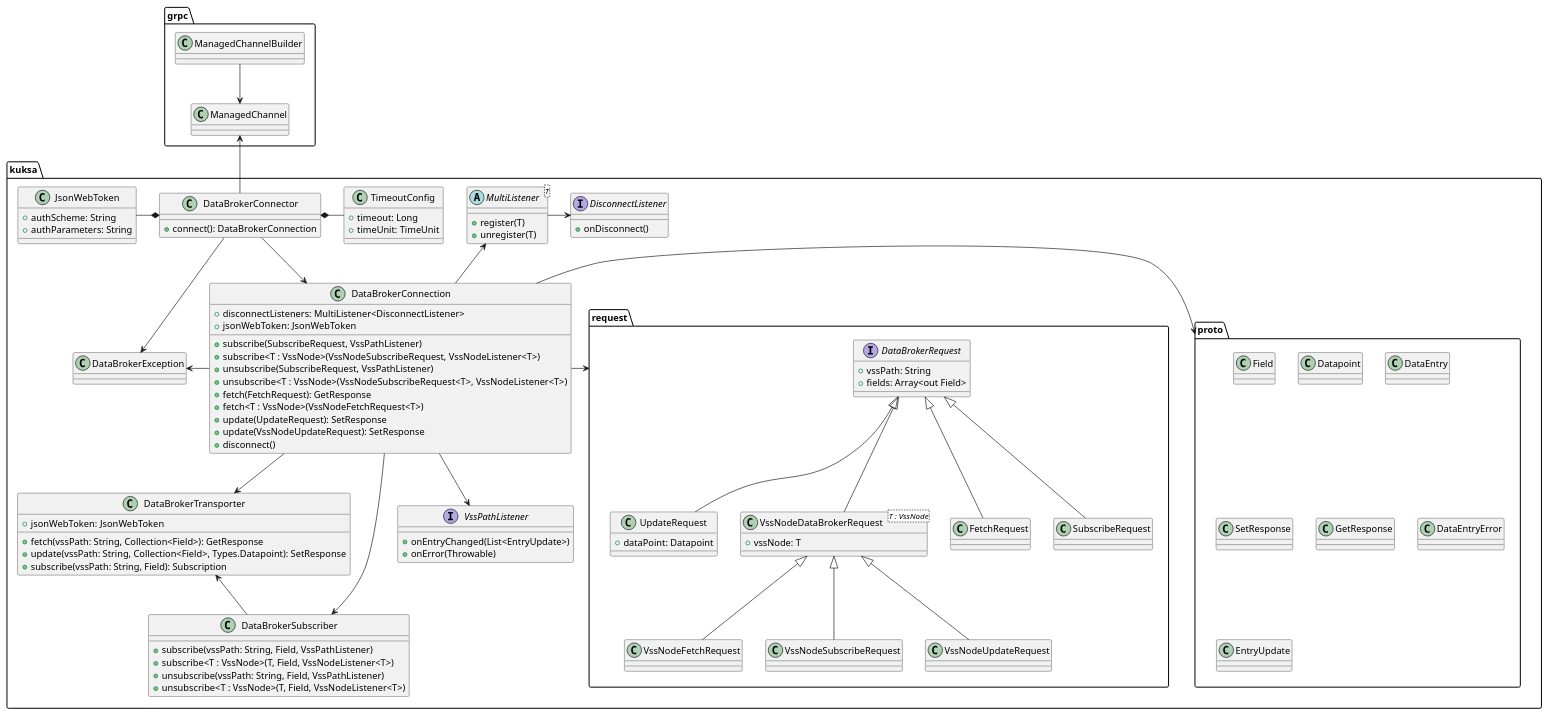
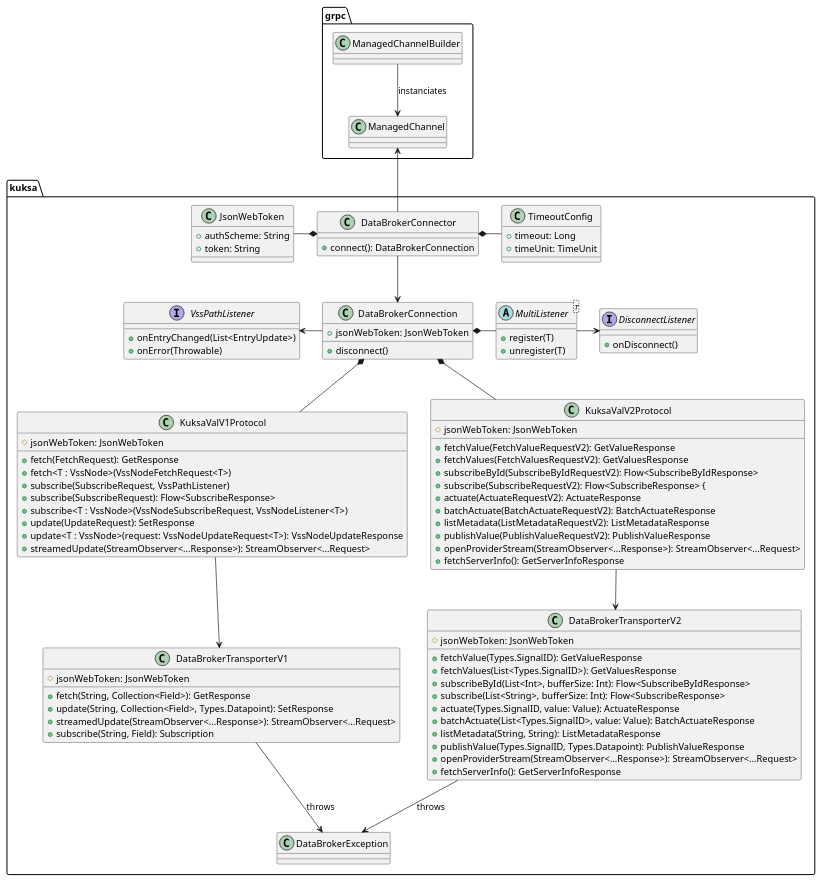
One commit to boschglobal/kuksa-java-sdk changed the diagram in docs/kuksa-sdk_class-diagram.puml. Above: the diagram before and after it, drawn with PlantUML. The commit also changed 7 other files, not shown here.

```diff
--- a/docs/kuksa-sdk_class-diagram.puml
+++ b/docs/kuksa-sdk_class-diagram.puml
@@ -1,126 +1,117 @@
 @startuml
 'https://plantuml.com/class-diagram
 
 package grpc {
 
-    ManagedChannelBuilder --> ManagedChannel
+    ManagedChannelBuilder --> ManagedChannel: instanciates
 
     class ManagedChannel
     class ManagedChannelBuilder
 
 }
 
 package kuksa {
 
-    package proto {
-        class Field
-        class Datapoint
-        class DataEntry
-        class SetResponse
-        class GetResponse
-        class DataEntryError
-        class EntryUpdate
-    }
-
-    DataBrokerConnector -down-> DataBrokerException
     DataBrokerConnector -down-> DataBrokerConnection
-    DataBrokerConnection -down-> DataBrokerTransporter
-    DataBrokerConnection -down-> DataBrokerSubscriber
-    DataBrokerConnection -down-> VssPathListener
-    DataBrokerConnection -left-> DataBrokerException
-    DataBrokerConnection -up-> MultiListener
-    DataBrokerSubscriber -up-> DataBrokerTransporter
+    DataBrokerConnection -left-> VssPathListener
+    DataBrokerConnection *-right- MultiListener
     MultiListener -right-> DisconnectListener
     TimeoutConfig -left-* DataBrokerConnector
     JsonWebToken -right-* DataBrokerConnector
 
     class DataBrokerConnector {
         + connect(): DataBrokerConnection
     }
 
     class TimeoutConfig {
         + timeout: Long
         + timeUnit: TimeUnit
     }
 
-    class DataBrokerTransporter {
+    class DataBrokerConnection {
         + jsonWebToken: JsonWebToken
 
-        + fetch(vssPath: String, Collection<Field>): GetResponse
-        + update(vssPath: String, Collection<Field>, Types.Datapoint): SetResponse
-        + subscribe(vssPath: String, Field): Subscription
+        + disconnect()
     }
 
-    class DataBrokerSubscriber {
-        + subscribe(vssPath: String, Field, VssPathListener)
-        + subscribe<T : VssNode>(T, Field, VssNodeListener<T>)
-        + unsubscribe(vssPath: String, Field, VssPathListener)
-        + unsubscribe<T : VssNode>(T, Field, VssNodeListener<T>)
+    class DataBrokerTransporterV1 {
+        # jsonWebToken: JsonWebToken
+        + fetch(String, Collection<Field>): GetResponse
+        + update(String, Collection<Field>, Types.Datapoint): SetResponse
+        + streamedUpdate(StreamObserver<...Response>): StreamObserver<...Request>
+        + subscribe(String, Field): Subscription
     }
 
-    class DataBrokerConnection {
-        + disconnectListeners: MultiListener<DisconnectListener>
-        + jsonWebToken: JsonWebToken
-
-        + subscribe(SubscribeRequest, VssPathListener)
-        + subscribe<T : VssNode>(VssNodeSubscribeRequest, VssNodeListener<T>)
-        + unsubscribe(SubscribeRequest, VssPathListener)
-        + unsubscribe<T : VssNode>(VssNodeSubscribeRequest<T>, VssNodeListener<T>)
+     class KuksaValV1Protocol {
+        # jsonWebToken: JsonWebToken
         + fetch(FetchRequest): GetResponse
         + fetch<T : VssNode>(VssNodeFetchRequest<T>)
+        + subscribe(SubscribeRequest, VssPathListener)
+        + subscribe(SubscribeRequest): Flow<SubscribeResponse>
+        + subscribe<T : VssNode>(VssNodeSubscribeRequest, VssNodeListener<T>)
         + update(UpdateRequest): SetResponse
-        + update(VssNodeUpdateRequest): SetResponse
-        + disconnect()
+        + update<T : VssNode>(request: VssNodeUpdateRequest<T>): VssNodeUpdateResponse
+        + streamedUpdate(StreamObserver<...Response>): StreamObserver<...Request>
+    }
+
+     class DataBrokerTransporterV2 {
+         # jsonWebToken: JsonWebToken
+         + fetchValue(Types.SignalID): GetValueResponse
+         + fetchValues(List<Types.SignalID>): GetValuesResponse
+         + subscribeById(List<Int>, bufferSize: Int): Flow<SubscribeByIdResponse>
+         + subscribe(List<String>, bufferSize: Int): Flow<SubscribeResponse>
+         + actuate(Types.SignalID, value: Value): ActuateResponse
+         + batchActuate(List<Types.SignalID>, value: Value): BatchActuateResponse
+         + listMetadata(String, String): ListMetadataResponse
+         + publishValue(Types.SignalID, Types.Datapoint): PublishValueResponse
+         + openProviderStream(StreamObserver<...Response>): StreamObserver<...Request>
+         + fetchServerInfo(): GetServerInfoResponse
+     }
+
+    class KuksaValV2Protocol {
+        # jsonWebToken: JsonWebToken
+        + fetchValue(FetchValueRequestV2): GetValueResponse
+        + fetchValues(FetchValuesRequestV2): GetValuesResponse
+        + subscribeById(SubscribeByIdRequestV2): Flow<SubscribeByIdResponse>
+        + subscribe(SubscribeRequestV2): Flow<SubscribeResponse> {
+        + actuate(ActuateRequestV2): ActuateResponse
+        + batchActuate(BatchActuateRequestV2): BatchActuateResponse
+        + listMetadata(ListMetadataRequestV2): ListMetadataResponse
+        + publishValue(PublishValueRequestV2): PublishValueResponse
+        + openProviderStream(StreamObserver<...Response>): StreamObserver<...Request>
+        + fetchServerInfo(): GetServerInfoResponse
     }
     
     interface VssPathListener {
         + onEntryChanged(List<EntryUpdate>)
         + onError(Throwable)
     }
 
-    package request {
-        interface DataBrokerRequest {
-            + vssPath: String
-            + fields: Array<out Field>
-        }
 
-        class UpdateRequest {
-            + dataPoint: Datapoint
-        }
-
-        class VssNodeDataBrokerRequest<T : VssNode> {
-            + vssNode: T
-        }
-
-        DataBrokerRequest <|-- FetchRequest
-        DataBrokerRequest <|-- SubscribeRequest
-        DataBrokerRequest <|-- UpdateRequest
-        DataBrokerRequest <|-- VssNodeDataBrokerRequest
-
-        VssNodeDataBrokerRequest <|-- VssNodeFetchRequest
-        VssNodeDataBrokerRequest <|-- VssNodeSubscribeRequest
-        VssNodeDataBrokerRequest <|-- VssNodeUpdateRequest
-    }
 
     class DataBrokerException
 
     abstract class MultiListener<T> {
         + register(T)
         + unregister(T)
     }
 
     interface DisconnectListener {
         + onDisconnect()
     }
 
     class JsonWebToken {
         + authScheme: String
-        + authParameters: String
+        + token: String
     }
 }
 
 DataBrokerConnector -up-> ManagedChannel
-DataBrokerConnection -right-> proto
-DataBrokerConnection -right-> request
+DataBrokerConnection *-down- KuksaValV1Protocol
+DataBrokerConnection *-down- KuksaValV2Protocol
+KuksaValV1Protocol -down-> DataBrokerTransporterV1
+KuksaValV2Protocol -down-> DataBrokerTransporterV2
+DataBrokerTransporterV1 -down-> DataBrokerException: throws
+DataBrokerTransporterV2 -down-> DataBrokerException: throws
 
 @enduml
```
